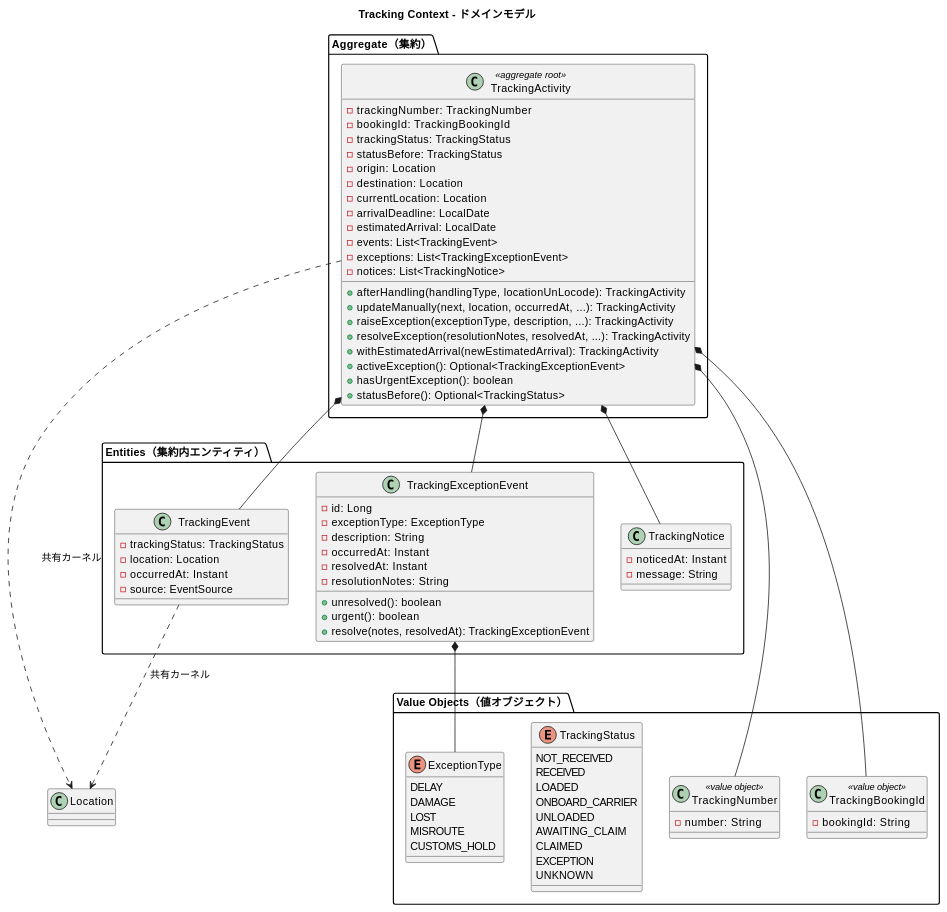
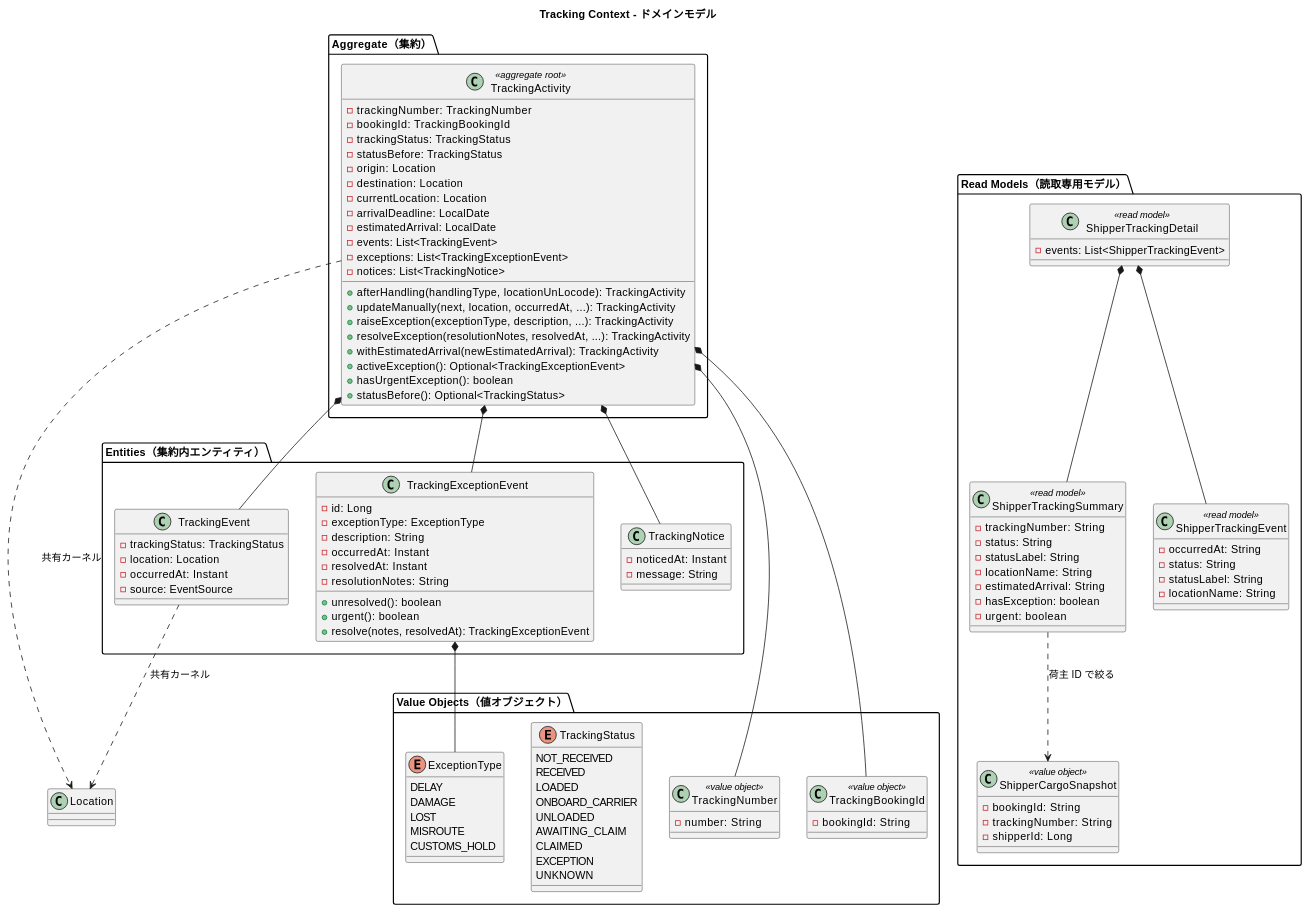
Before and after one commit to k2works/case-study-cargo-tracker: the sixth of 10 diagrams in docs/design/domain-model.md, drawn with PlantUML. The commit also changed other lines of this file and 2 other files, not shown here.

````diff
--- a/docs/design/domain-model.md
+++ b/docs/design/domain-model.md
@@ -963,6 +980,32 @@
   }
 }
 
+package "Read Models（読取専用モデル）" {
+  class ShipperTrackingSummary <<read model>> {
+    -trackingNumber: String
+    -status: String
+    -statusLabel: String
+    -locationName: String
+    -estimatedArrival: String
+    -hasException: boolean
+    -urgent: boolean
+  }
+  class ShipperTrackingDetail <<read model>> {
+    -events: List<ShipperTrackingEvent>
+  }
+  class ShipperTrackingEvent <<read model>> {
+    -occurredAt: String
+    -status: String
+    -statusLabel: String
+    -locationName: String
+  }
+  class ShipperCargoSnapshot <<value object>> {
+    -bookingId: String
+    -trackingNumber: String
+    -shipperId: Long
+  }
+}
+
 TrackingActivity *-- TrackingNumber
 TrackingActivity *-- TrackingBookingId
 TrackingActivity *-- TrackingEvent
@@ -971,6 +1014,9 @@
 TrackingActivity ..> Location : 共有カーネル
 TrackingEvent ..> Location : 共有カーネル
 TrackingExceptionEvent *-- ExceptionType
+ShipperTrackingDetail *-- ShipperTrackingSummary
+ShipperTrackingDetail *-- ShipperTrackingEvent
+ShipperTrackingSummary ..> ShipperCargoSnapshot : 荷主 ID で絞る
 
 @enduml
 ```
````
